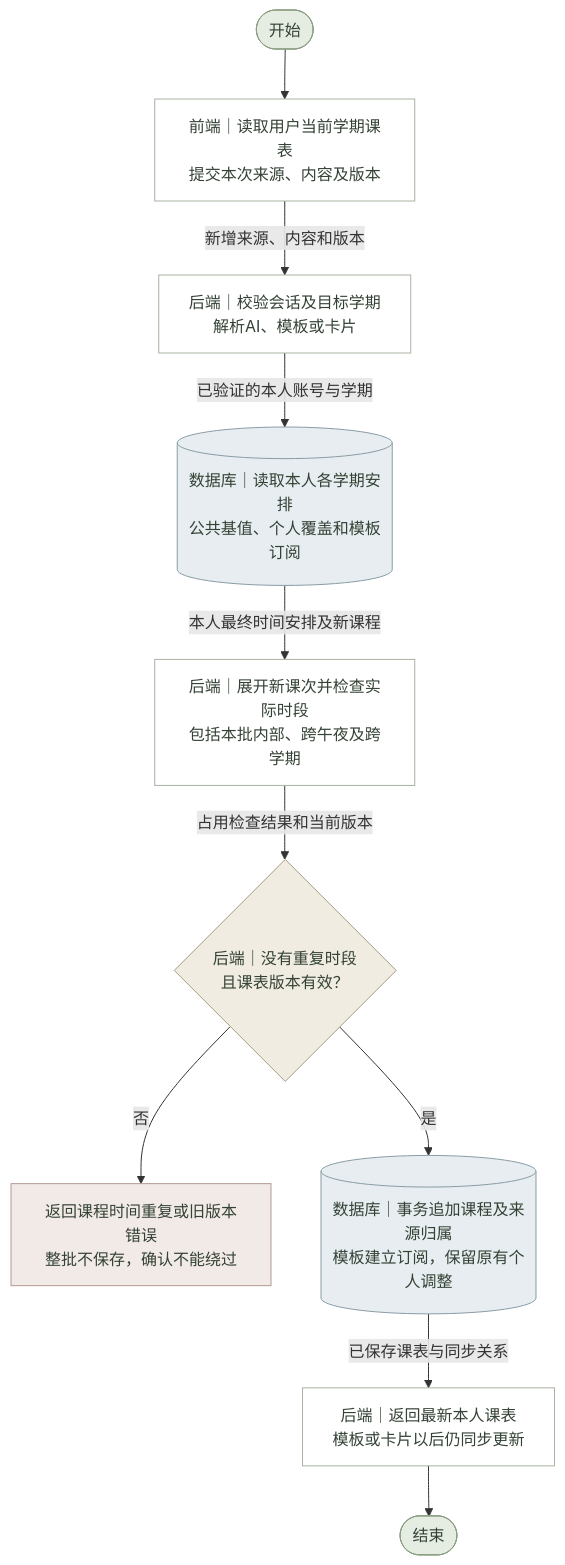
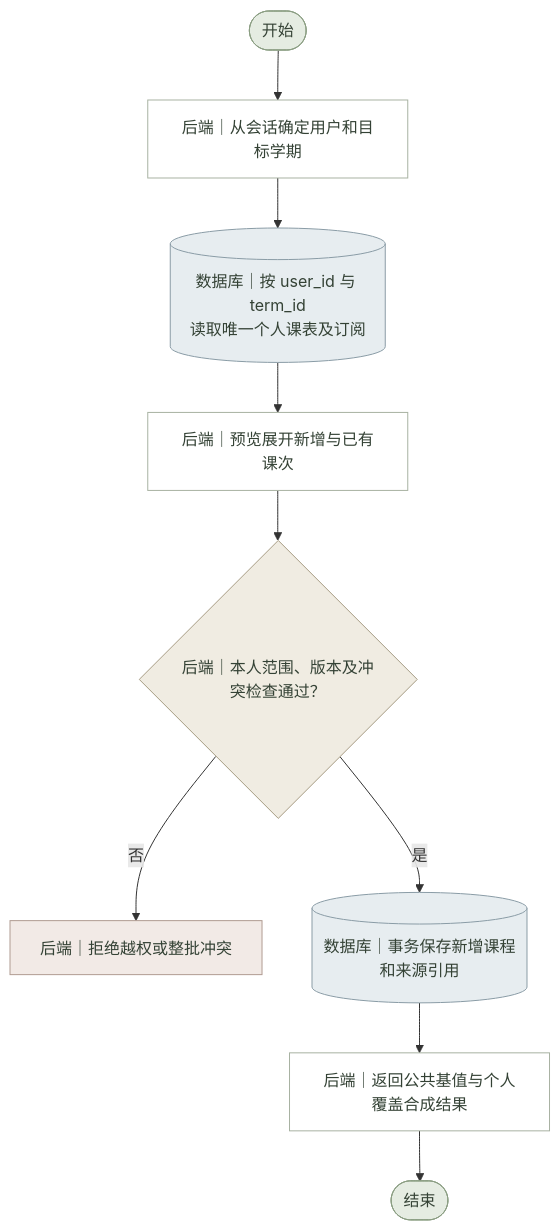
The diagram in 需求文档/课表功能/流程图源文件/系统流程图/学期课表与来源切换.mmd (lichen-lc123/class-assistant), drawn with Mermaid before and after one commit. The commit also changed 157 other files, not shown here.

```diff
--- a/需求文档/课表功能/流程图源文件/系统流程图/学期课表与来源切换.mmd
+++ b/需求文档/课表功能/流程图源文件/系统流程图/学期课表与来源切换.mmd
@@ -1,36 +1,33 @@
-%% 学期课表与来源切换 · 系统流程图 · V1.0 · 2026-11-02
+%% 学期课表与来源切换 · 系统流程图 · 当前版 · 2026-11-09
 flowchart TD
     N0(["开始"])
-    N1["前端｜读取用户当前学期课表<br/>提交本次来源、内容及版本"]
-    N2["后端｜校验会话及目标学期<br/>解析AI、模板或卡片"]
-    N3[("数据库｜读取本人各学期安排<br/>公共基值、个人覆盖和模板订阅")]
-    N4["后端｜展开新课次并检查实际时段<br/>包括本批内部、跨午夜及跨学期"]
-    N5{"后端｜没有重复时段<br/>且课表版本有效？"}
-    B5["返回课程时间重复或旧版本错误<br/>整批不保存，确认不能绕过"]
-    N6[("数据库｜事务追加课程及来源归属<br/>模板建立订阅，保留原有个人调整")]
-    N7["后端｜返回最新本人课表<br/>模板或卡片以后仍同步更新"]
-    N8(["结束"])
+    N1["后端｜从会话确定用户和目标学期"]
+    N2[("数据库｜按 user_id 与 term_id<br/>读取唯一个人课表及订阅")]
+    N3["后端｜预览展开新增与已有课次"]
+    N4{"后端｜本人范围、版本及冲突检查通过？"}
+    B4["后端｜拒绝越权或整批冲突"]
+    N5[("数据库｜事务保存新增课程和来源引用")]
+    N6["后端｜返回公共基值与个人覆盖合成结果"]
+    N7(["结束"])
     N0 --> N1
-    N1 -->|新增来源、内容和版本| N2
-    N2 -->|已验证的本人账号与学期| N3
-    N3 -->|本人最终时间安排及新课程| N4
-    N4 -->|占用检查结果和当前版本| N5
-    N5 -->|否| B5
-    N5 -->|是| N6
-    N6 -->|已保存课表与同步关系| N7
-    N7 --> N8
+    N1 --> N2
+    N2 --> N3
+    N3 --> N4
+    N4 -->|否| B4
+    N4 -->|是| N5
+    N5 --> N6
+    N6 --> N7
     classDef normal fill:#FFFFFF,stroke:#A8B2A2,color:#344235;
     classDef decision fill:#F0ECE2,stroke:#A69B83,color:#344235;
     classDef terminal fill:#E5ECE2,stroke:#8A9D82,color:#344235;
     classDef exception fill:#F2EAE6,stroke:#B09B91,color:#344235;
     classDef database fill:#E7EDF0,stroke:#8A9CA6,color:#344235;
     class N0 terminal;
     class N1 normal;
-    class N2 normal;
-    class N3 database;
-    class N4 normal;
-    class N5 decision;
-    class B5 exception;
-    class N6 database;
-    class N7 normal;
-    class N8 terminal;
+    class N2 database;
+    class N3 normal;
+    class N4 decision;
+    class B4 exception;
+    class N5 database;
+    class N6 normal;
+    class N7 terminal;
```
